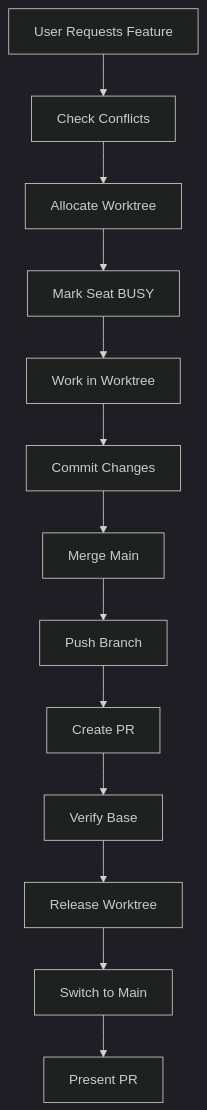
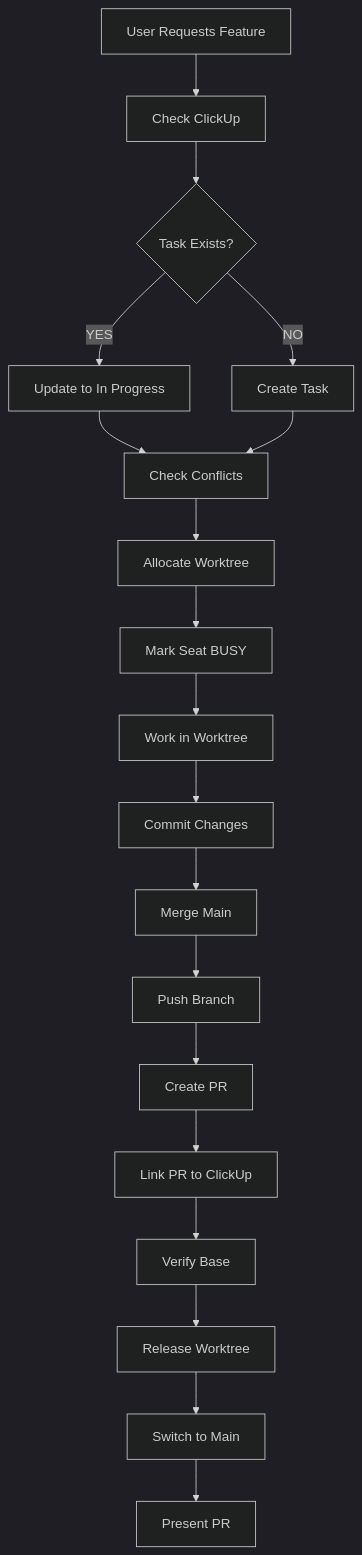
Before and after one commit to martiendejong/martien_agent_laptop: the sixth of 10 diagrams in _machine/knowledge-base/06-WORKFLOWS/INDEX.md, drawn with Mermaid (dark theme). The commit also changed other lines of this file and 5 other files, not shown here.

````diff
--- a/_machine/knowledge-base/06-WORKFLOWS/INDEX.md
+++ b/_machine/knowledge-base/06-WORKFLOWS/INDEX.md
@@ -337,15 +469,21 @@
 ```mermaid
 graph TD
-    A[User Requests Feature] --> B[Check Conflicts]
+    A[User Requests Feature] --> A1[Check ClickUp]
+    A1 --> A2{Task Exists?}
+    A2 -->|YES| A3[Update to In Progress]
+    A2 -->|NO| A4[Create Task]
+    A3 --> B[Check Conflicts]
+    A4 --> B
     B --> C[Allocate Worktree]
     C --> D[Mark Seat BUSY]
     D --> E[Work in Worktree]
     E --> F[Commit Changes]
     F --> G[Merge Main]
     G --> H[Push Branch]
     H --> I[Create PR]
-    I --> J[Verify Base]
-    J --> K[Release Worktree]
-    K --> L[Switch to Main]
-    L --> M[Present PR]
+    I --> J[Link PR to ClickUp]
+    J --> K[Verify Base]
+    K --> L[Release Worktree]
+    L --> M[Switch to Main]
+    M --> N[Present PR]
 ```
````
